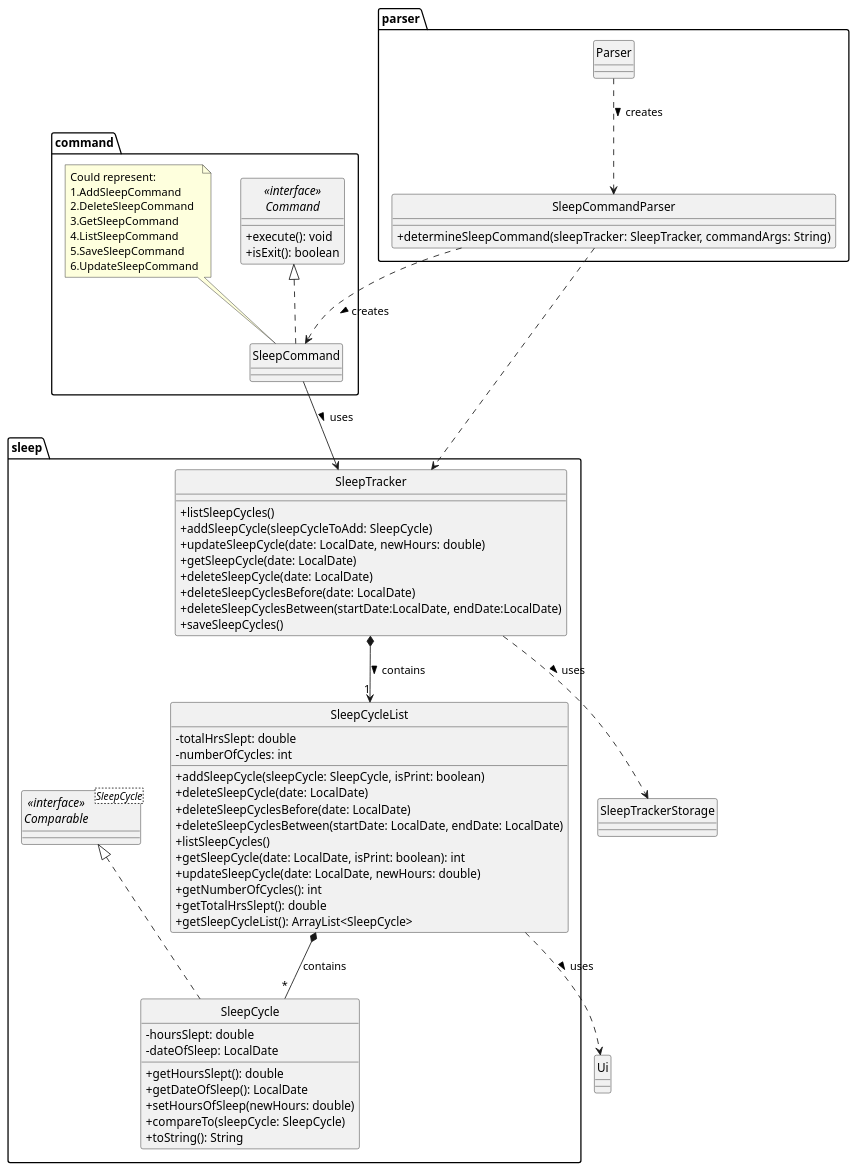
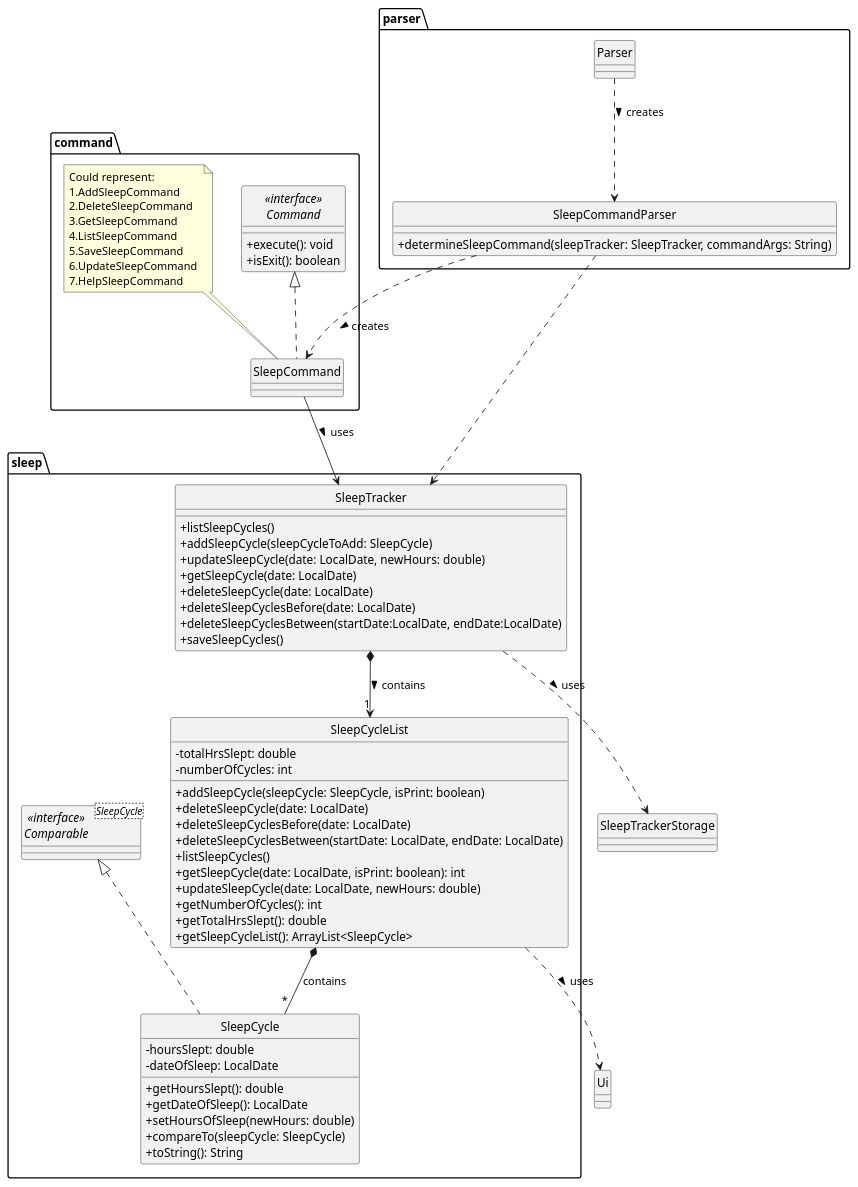
One commit to AY2324S2-CS2113-T11-1/tp changed the diagram in docs/diagrams/sleep/Sleep.puml. Above: the diagram before and after it, drawn with PlantUML. The commit also changed 4 other files, not shown here.

Commit message:
Update guides for Sleep Tracker to include help menu

```diff
--- a/docs/diagrams/sleep/Sleep.puml
+++ b/docs/diagrams/sleep/Sleep.puml
@@ -1,95 +1,95 @@
 @startuml
 'https://plantuml.com/sequence-diagram
 
 skinparam classAttributeIconSize 0
 hide circle
 
 package parser {
     class SleepCommandParser {
 
     +determineSleepCommand(sleepTracker: SleepTracker, commandArgs: String)
     }
 
     class Parser {
     }
 }
 
 package command {
     interface "<<interface>>\nCommand" as Command {
                 + execute(): void
                 + isExit(): boolean
     }
 
     class SleepCommand implements Command {
     }
-    note top of SleepCommand: Could represent: \n1.AddSleepCommand \n2.DeleteSleepCommand \n3.GetSleepCommand \n4.ListSleepCommand \n5.SaveSleepCommand \n6.UpdateSleepCommand
+    note top of SleepCommand: Could represent: \n1.AddSleepCommand \n2.DeleteSleepCommand \n3.GetSleepCommand \n4.ListSleepCommand \n5.SaveSleepCommand \n6.UpdateSleepCommand \n7.HelpSleepCommand
 
 
 }
 
 package sleep {
     interface "<<interface>>\nComparable" as Comparable<SleepCycle> {
     }
 
     class SleepCycle implements Comparable {
         - hoursSlept: double
         - dateOfSleep: LocalDate
 
         + getHoursSlept(): double
         + getDateOfSleep(): LocalDate
         + setHoursOfSleep(newHours: double)
         + compareTo(sleepCycle: SleepCycle)
         +toString(): String
     }
 
     class SleepCycleList {
         - totalHrsSlept: double
         - numberOfCycles: int
 
         +addSleepCycle(sleepCycle: SleepCycle, isPrint: boolean)
         +deleteSleepCycle(date: LocalDate)
         +deleteSleepCyclesBefore(date: LocalDate)
         +deleteSleepCyclesBetween(startDate: LocalDate, endDate: LocalDate)
         +listSleepCycles()
         +getSleepCycle(date: LocalDate, isPrint: boolean): int
         +updateSleepCycle(date: LocalDate, newHours: double)
         +getNumberOfCycles(): int
         +getTotalHrsSlept(): double
         +getSleepCycleList(): ArrayList<SleepCycle>
 
     }
 
     class SleepTracker {
         +listSleepCycles()
         +addSleepCycle(sleepCycleToAdd: SleepCycle)
         +updateSleepCycle(date: LocalDate, newHours: double)
         +getSleepCycle(date: LocalDate)
         +deleteSleepCycle(date: LocalDate)
         +deleteSleepCyclesBefore(date: LocalDate)
         +deleteSleepCyclesBetween(startDate:LocalDate, endDate:LocalDate)
         +saveSleepCycles()
     }
 }
 
 
 class SleepTrackerStorage {
 }
 
 class Ui {
 }
 
 Parser ..> SleepCommandParser: creates >
 
 SleepCommandParser .DOWN.> SleepCommand : creates >
 SleepCommandParser ..> SleepTracker
 
 SleepCommand --> SleepTracker : uses >
 
 
 SleepCycleList ..> Ui : uses >
 SleepTracker *--> "1" SleepCycleList: contains >
 SleepTracker ..> SleepTrackerStorage : uses >
 
 SleepCycleList *-- "*" SleepCycle : contains
 
 @enduml
```
